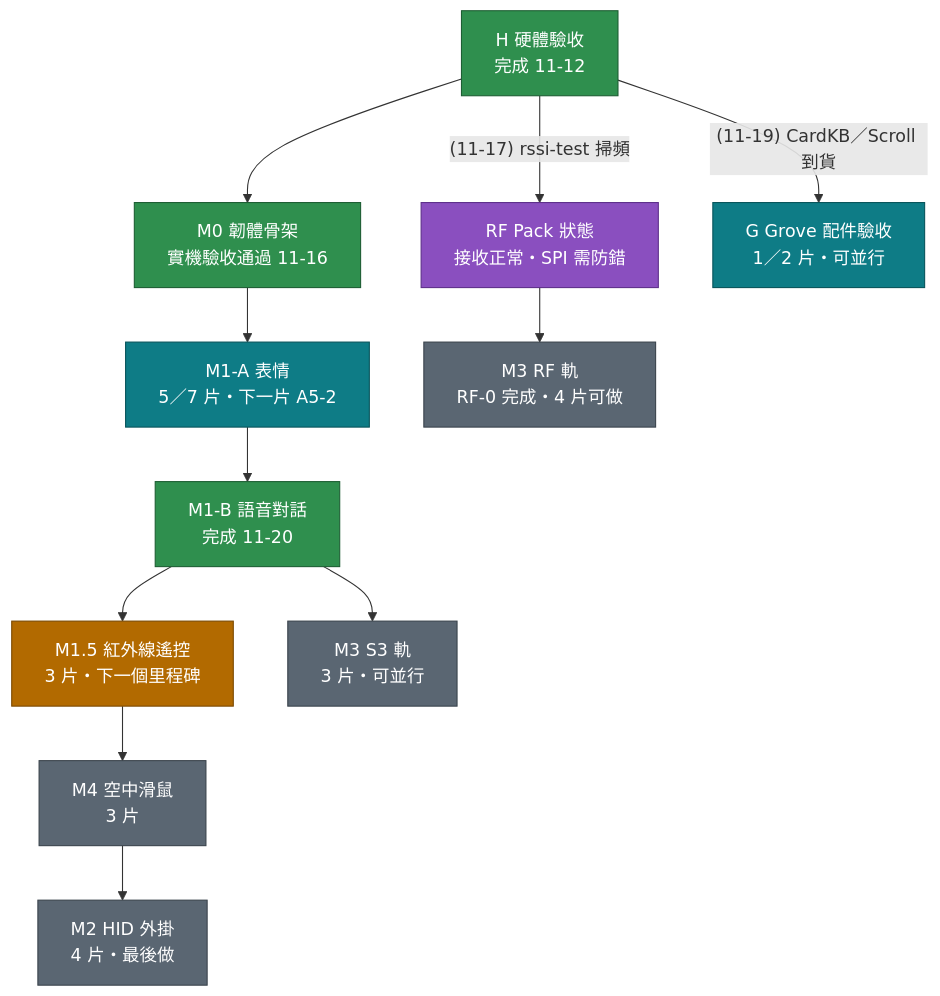
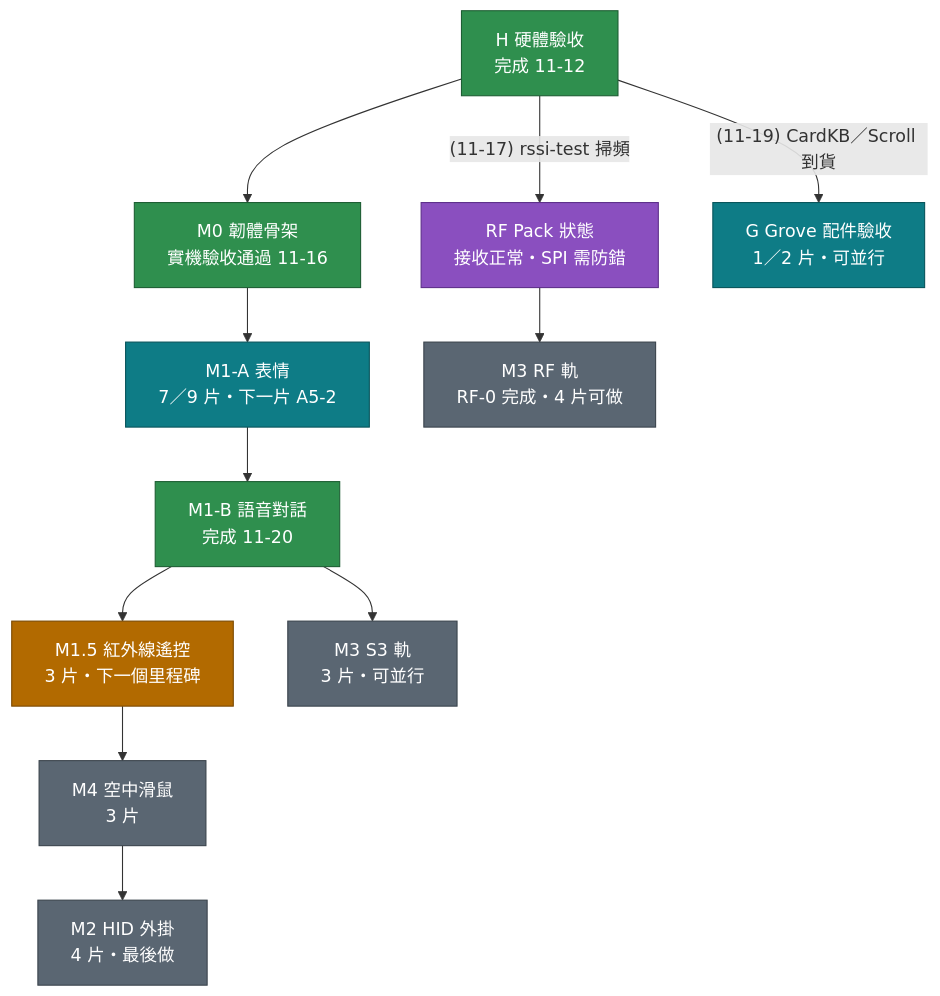
One commit to MilesYP/m5sticks3 changed the first of 2 diagrams in docs/StickS3 執行計劃.md. Above: the diagram before and after it, drawn with Mermaid. The commit also changed other lines of this file and 18 other files, not shown here.

````diff
--- a/docs/StickS3 執行計劃.md
+++ b/docs/StickS3 執行計劃.md
@@ -29,31 +29,31 @@
 ```mermaid
 flowchart TD
     H["H 硬體驗收<br>完成 11-12"]
     M0["M0 韌體骨架<br>實機驗收通過 11-16"]
-    M1A["M1-A 表情<br>5／7 片・下一片 A5-2"]
+    M1A["M1-A 表情<br>7／9 片・下一片 A5-2"]
     M1B["M1-B 語音對話<br>完成 11-20"]
     M15["M1.5 紅外線遙控<br>3 片・下一個里程碑"]
     M4["M4 空中滑鼠<br>3 片"]
     M2["M2 HID 外掛<br>4 片・最後做"]
     M3S["M3 S3 軌<br>3 片・可並行"]
     M3R["M3 RF 軌<br>RF-0 完成・4 片可做"]
     RS["RF Pack 狀態<br>接收正常・SPI 需防錯"]
     G["G Grove 配件驗收<br>1／2 片・可並行"]
 
     H --> M0 --> M1A --> M1B --> M15 --> M4 --> M2
     M1B --> M3S
     H -->|"(11-17) rssi-test 掃頻"| RS --> M3R
     H -->|"(11-19) CardKB／Scroll 到貨"| G
 
     classDef done fill:#2f8f4e,color:#ffffff,stroke:#1d5e33
     classDef doing fill:#0e7c86,color:#ffffff,stroke:#08545b
     classDef next fill:#b26a00,color:#ffffff,stroke:#7a4900
     classDef todo fill:#5a6672,color:#ffffff,stroke:#3a434c
     classDef gate fill:#8a4fbf,color:#ffffff,stroke:#5e2f8a
     class H,M0,M1B done
     class M1A doing
     class M15 next
     class G doing
     class M4,M2,M3S,M3R todo
     class RS gate
 ```
````
